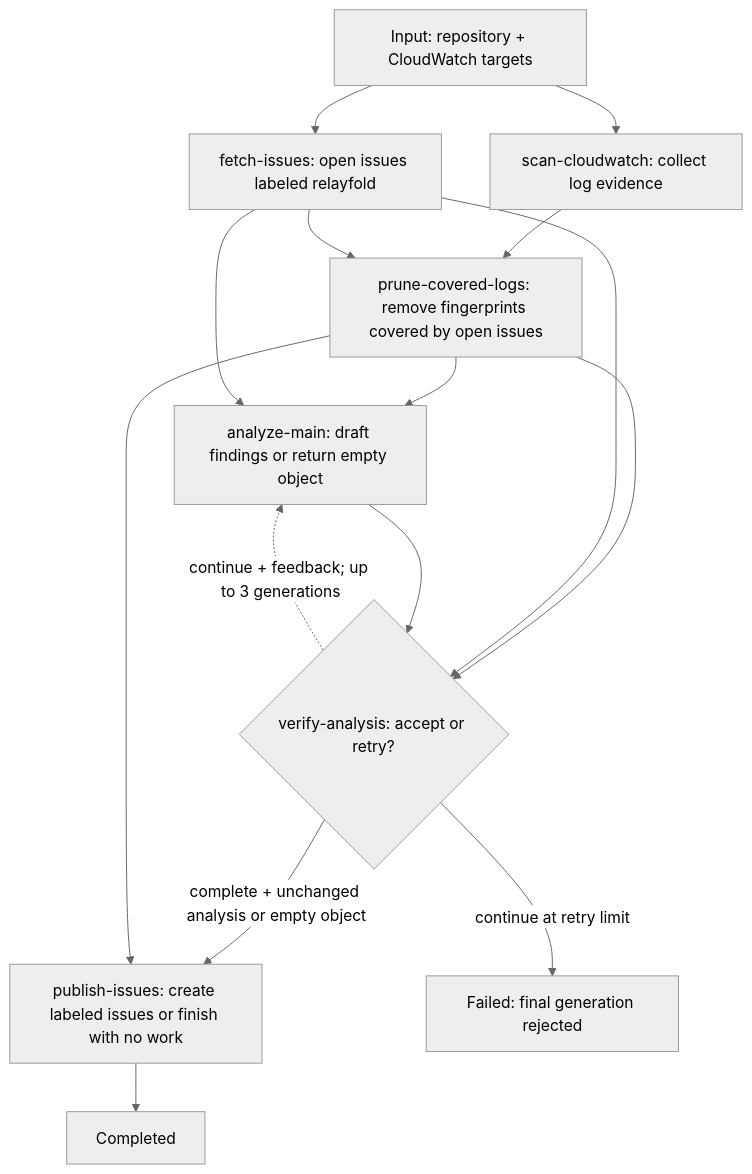
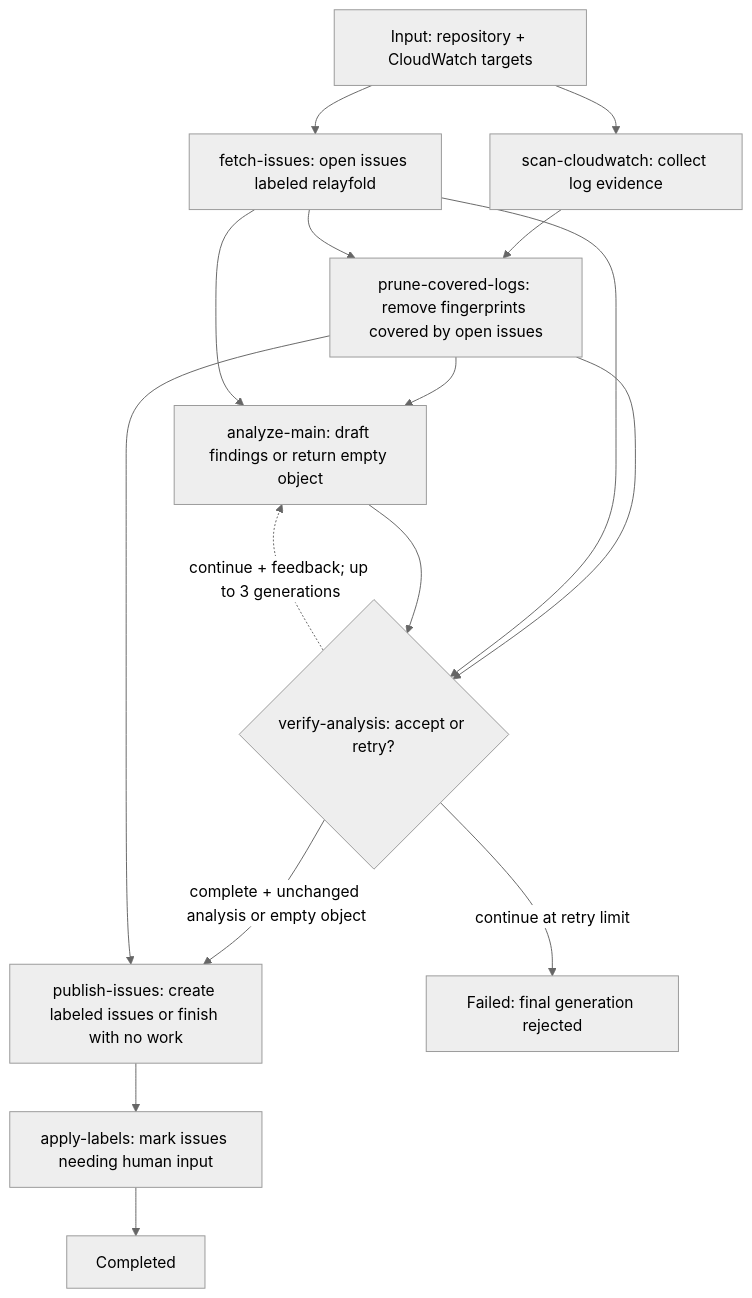
One commit to parsablelabs/relayfold changed the diagram in website/src/content/docs/docs/examples/fillmyfunnel-cloudwatch-workflow.md. Above: the diagram before and after it, drawn with Mermaid (neutral theme). The commit also changed other lines of this file and 17 other files, not shown here.

```diff
--- a/website/src/content/docs/docs/examples/fillmyfunnel-cloudwatch-workflow.md
+++ b/website/src/content/docs/docs/examples/fillmyfunnel-cloudwatch-workflow.md
@@ -13,27 +13,29 @@
 <pre class="mermaid">
 flowchart TD
     Input["Input: repository + CloudWatch targets"]
     Scan["scan-cloudwatch: collect log evidence"]
     Issues["fetch-issues: open issues labeled relayfold"]
     Prune["prune-covered-logs: remove fingerprints covered by open issues"]
     Analyze["analyze-main: draft findings or return empty object"]
     Verify{"verify-analysis: accept or retry?"}
     Publish["publish-issues: create labeled issues or finish with no work"]
+    Labels["apply-labels: mark issues needing human input"]
     Done["Completed"]
     Failed["Failed: final generation rejected"]
 
     Input --> Scan
     Input --> Issues
     Scan --> Prune
     Issues --> Prune
     Prune --> Analyze
     Issues --> Analyze
     Prune --> Verify
     Issues --> Verify
     Analyze --> Verify
     Verify -. "continue + feedback; up to 3 generations" .-> Analyze
     Verify -->|"complete + unchanged analysis or empty object"| Publish
     Prune --> Publish
     Verify -->|"continue at retry limit"| Failed
-    Publish --> Done
+    Publish --> Labels
+    Labels --> Done
 </pre>
```
